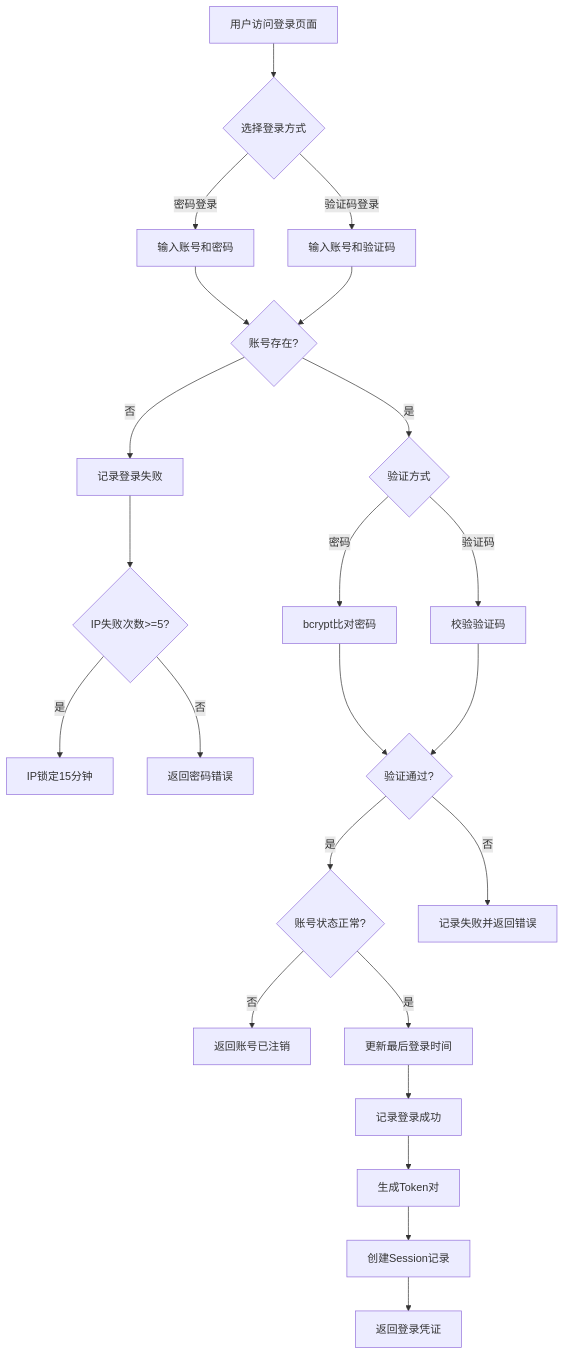
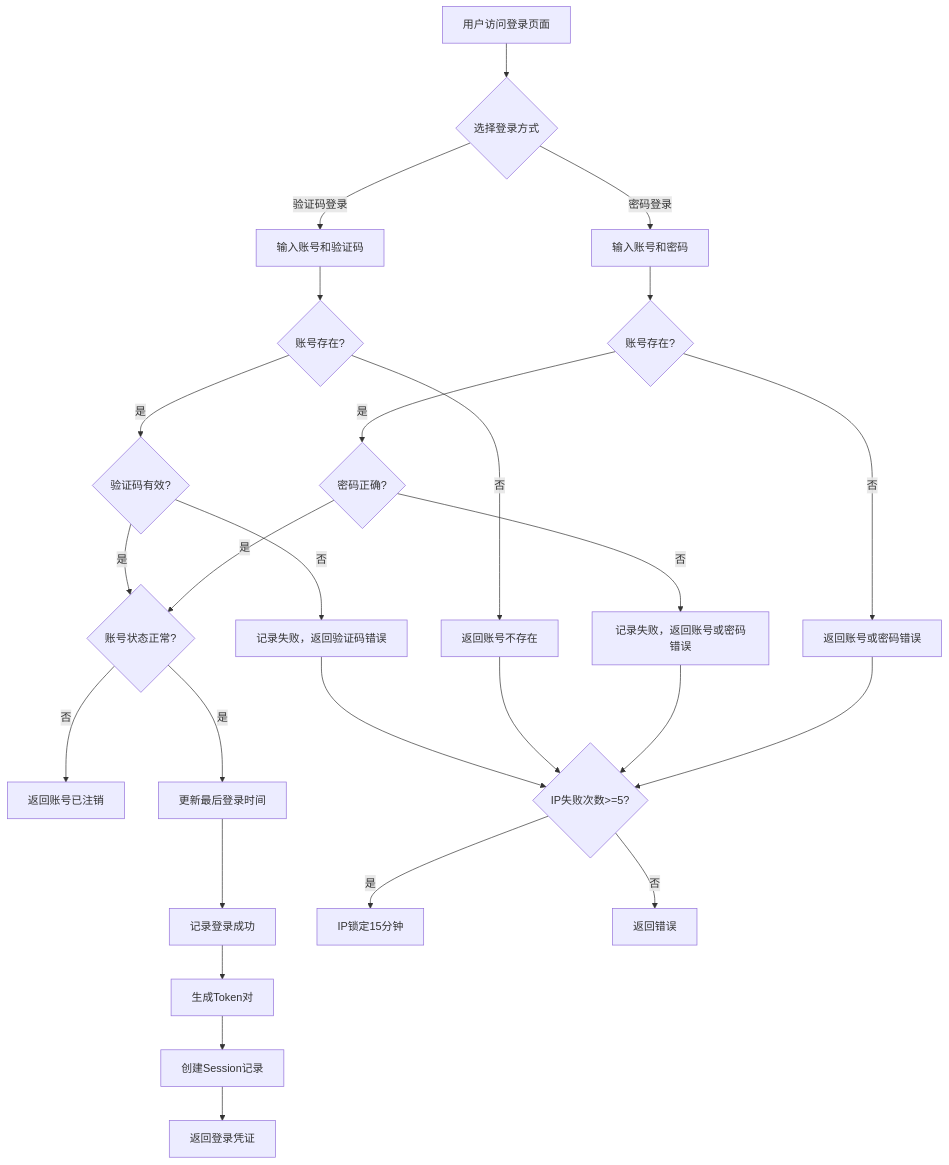
The diagram in wiki/02-需求与产品设计/01-产品PRD/01-多租户底座/01-用户认证模块/02-登录认证-V1.0.0.md (huangsf89757/XYFamily), drawn with Mermaid before and after one commit. The commit also changed 15 other files, not shown here.

````diff
--- a/wiki/02-需求与产品设计/01-产品PRD/01-多租户底座/01-用户认证模块/02-登录认证-V1.0.0.md
+++ b/wiki/02-需求与产品设计/01-产品PRD/01-多租户底座/01-用户认证模块/02-登录认证-V1.0.0.md
@@ -236,25 +236,28 @@
 ```mermaid
 flowchart TD
     A[用户访问登录页面] --> B{选择登录方式}
     B -->|密码登录| C[输入账号和密码]
     B -->|验证码登录| D[输入账号和验证码]
     C --> E{账号存在?}
-    D --> E
-    E -->|否| F[记录登录失败]
-    F --> G{IP失败次数>=5?}
-    G -->|是| H[IP锁定15分钟]
-    G -->|否| I[返回密码错误]
-    E -->|是| J{验证方式}
-    J -->|密码| K[bcrypt比对密码]
-    J -->|验证码| L[校验验证码]
-    K --> M{验证通过?}
-    L --> M
-    M -->|是| N{账号状态正常?}
-    M -->|否| O[记录失败并返回错误]
+    E -->|否| F1[返回账号或密码错误]
+    E -->|是| J1{密码正确?}
+    J1 -->|否| F2[记录失败，返回账号或密码错误]
+    J1 -->|是| N{账号状态正常?}
+    D --> E2{账号存在?}
+    E2 -->|否| F3[返回账号不存在]
+    E2 -->|是| L{验证码有效?}
+    L -->|否| F4[记录失败，返回验证码错误]
+    L -->|是| N
     N -->|否| P[返回账号已注销]
     N -->|是| Q[更新最后登录时间]
     Q --> R[记录登录成功]
     R --> S[生成Token对]
     S --> T[创建Session记录]
     T --> U[返回登录凭证]
+    F1 --> M{IP失败次数>=5?}
+    F2 --> M
+    F3 --> M
+    F4 --> M
+    M -->|是| H[IP锁定15分钟]
+    M -->|否| I[返回错误]
 ```
````
